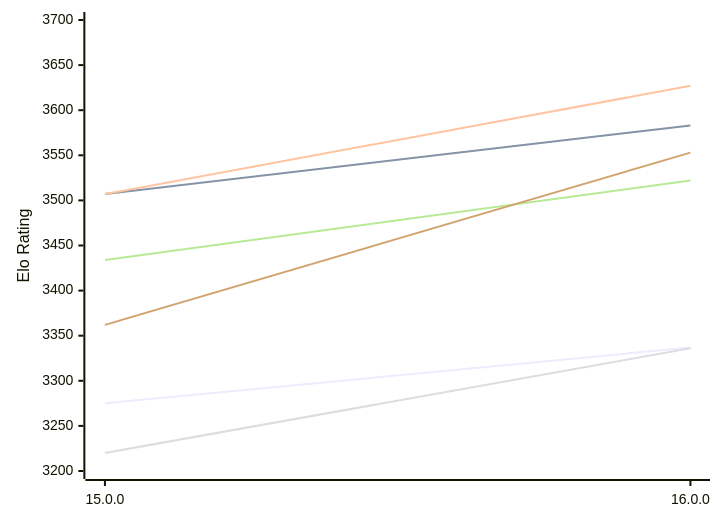
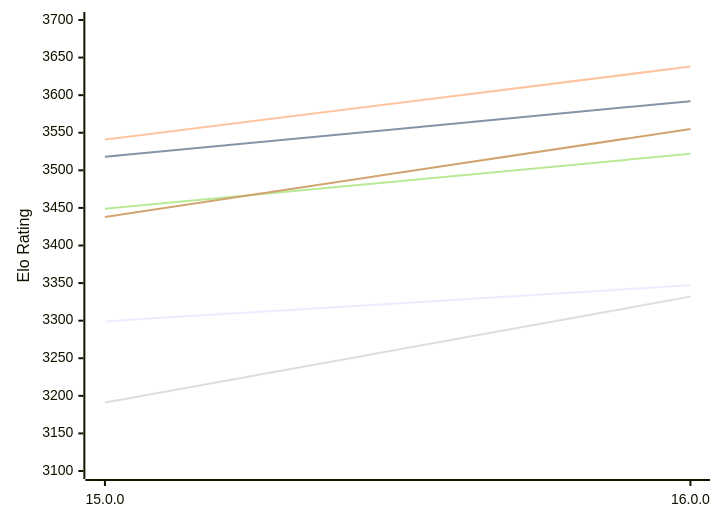
The first of 2 diagrams in engines/Halogen.md (computer-chess-index/cci), drawn with Mermaid before and after one commit. The commit also changed other lines of this file, not shown here.

Commit message:
Update CCI Ratings (ELO VLTC) - 2026-11-16

````diff
--- a/engines/Halogen.md
+++ b/engines/Halogen.md
@@ -50,12 +50,12 @@
 ```mermaid
 %%{init: {"theme":"base","themeVariables":{"seriesColors:['#a3a3a3','#222221','#faa371']}}}%%
 xychart-beta
   x-axis ["15.0.0", "16.0.0"]
-  y-axis "Elo Rating" 3200 --> 3700
-  line "E1: STC (8.0+0.08s)" [3275, 3337]
-  line "E1: LTC (60.0+0.60s)" [3507, 3583]
-  line "E1: VLTC (2m24s+1.12s)" [3507, 3627]
-  line "P1: STC (8.0+0.08s)" [3220, 3336]
-  line "P1: LTC (60.0+0.60s)" [3434, 3522]
-  line "P1: VLTC (2m24s+1.12s)" [3362, 3553]
+  y-axis "Elo Rating" 3100 --> 3700
+  line "E1: STC (8.0+0.08s)" [3299, 3347]
+  line "E1: LTC (60.0+0.60s)" [3518, 3592]
+  line "E1: VLTC (2m24s+1.12s)" [3541, 3638]
+  line "P1: STC (8.0+0.08s)" [3191, 3332]
+  line "P1: LTC (60.0+0.60s)" [3449, 3522]
+  line "P1: VLTC (2m24s+1.12s)" [3438, 3555]
 ```
````
